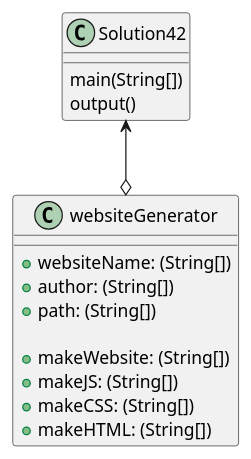
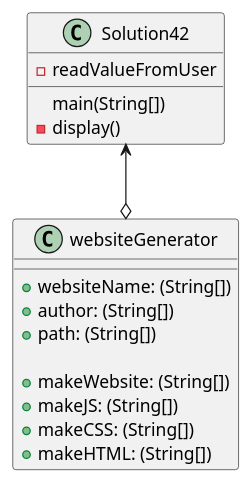
Before and after one commit to cachemoney-3000/samontanez-a04: the diagram in exercise43/docs/Solution43_ClassDiagram.puml, drawn with PlantUML. The commit also changed 8 other files, not shown here.

```diff
--- a/exercise43/docs/Solution43_ClassDiagram.puml
+++ b/exercise43/docs/Solution43_ClassDiagram.puml
@@ -1,20 +1,21 @@
 @startuml
 class Solution42 {
     main(String[])
-    output()
+    -readValueFromUser
+    -display()
 }
 
 class websiteGenerator{
     'attributes
     +websiteName: (String[])
     +author: (String[])
     +path: (String[])
 
     +makeWebsite: (String[])
     +makeJS: (String[])
     +makeCSS: (String[])
     +makeHTML: (String[])
 }
 
 Solution42 <--o websiteGenerator
 @enduml
```
